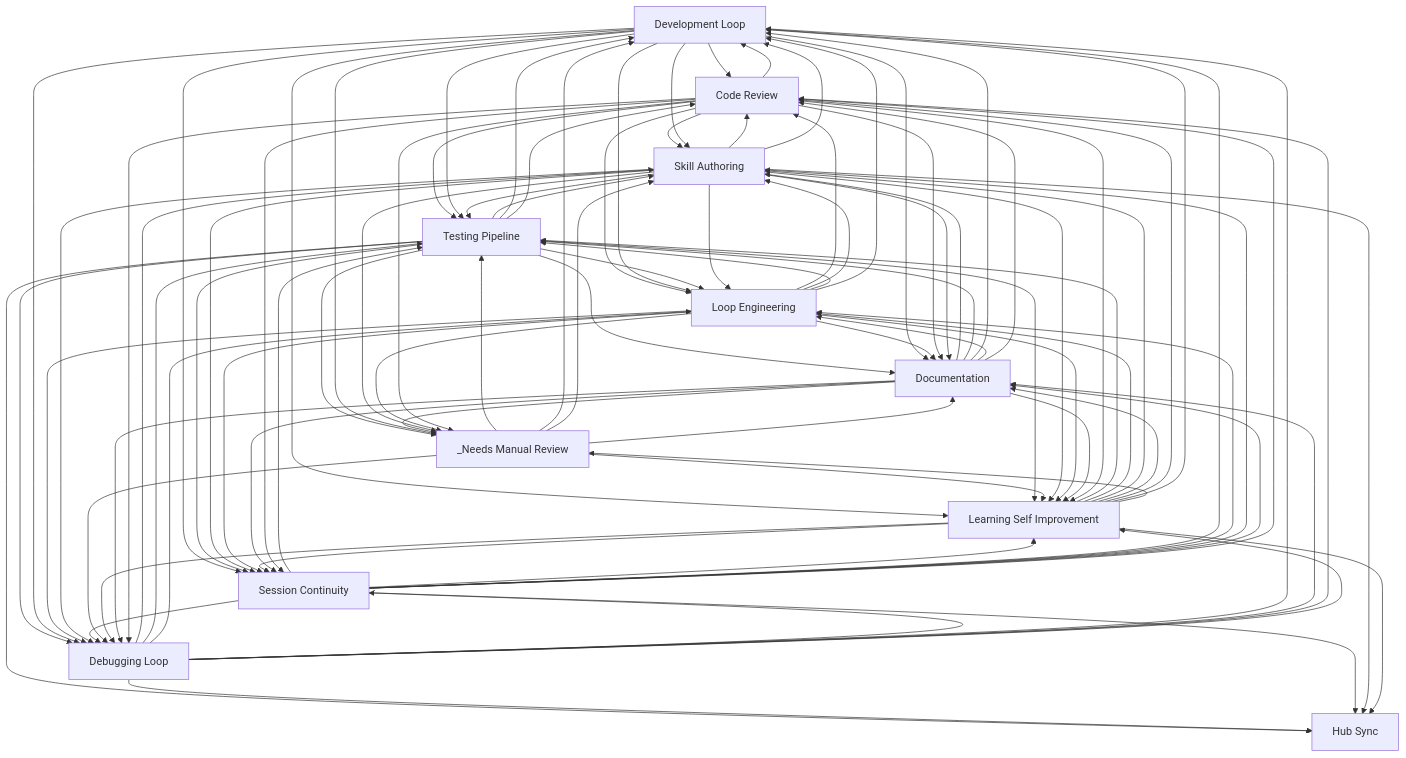
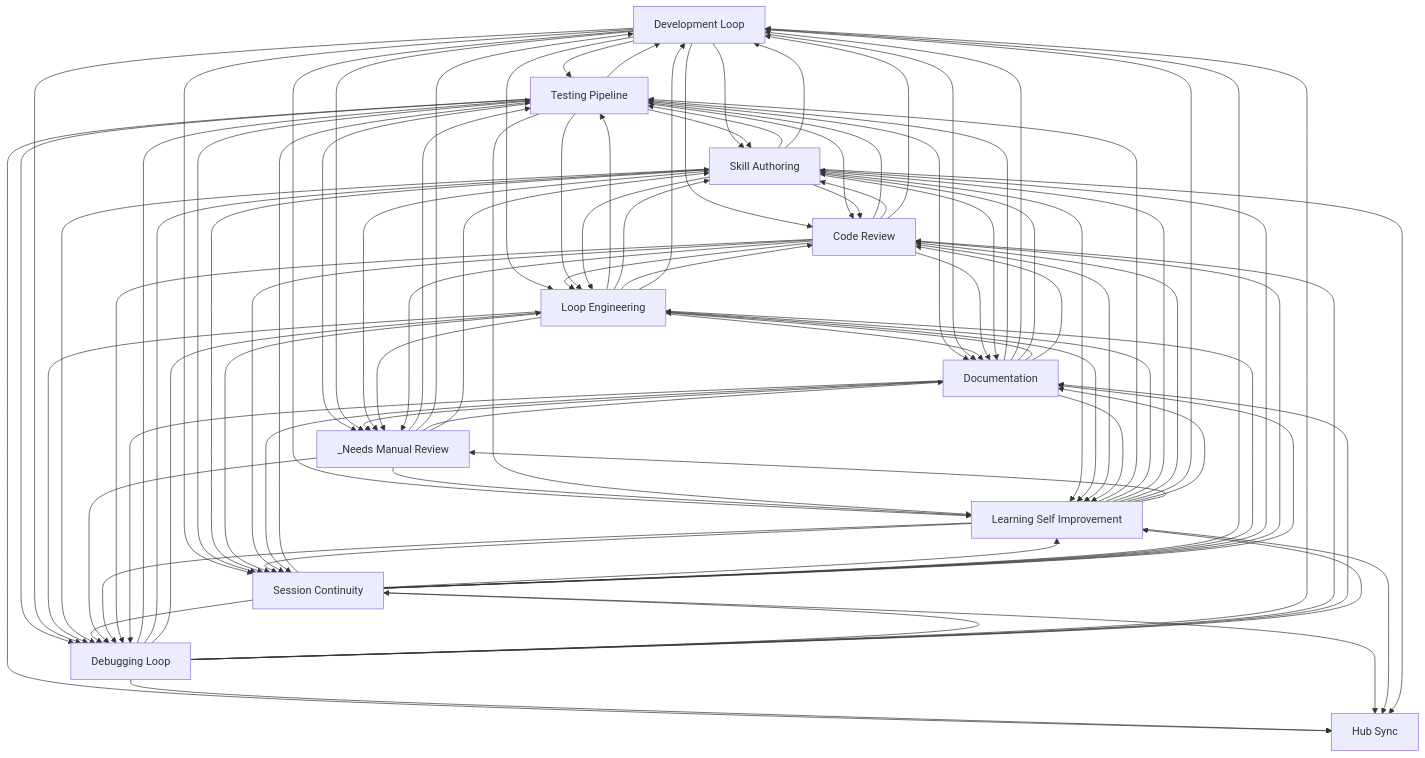
Before and after one commit to abhayla/claude-best-practices: the diagram in docs/workflows/INDEX.md, drawn with Mermaid. The commit also changed other lines of this file and 13 other files, not shown here.

````diff
--- a/docs/workflows/INDEX.md
+++ b/docs/workflows/INDEX.md
@@ -33,94 +33,94 @@
     documentation[Documentation]
     hub_sync[Hub Sync]
     _needs_manual_review[_Needs Manual Review]
+    development_loop --> testing_pipeline
+    development_loop --> skill_authoring
+    development_loop --> code_review
+    development_loop --> loop_engineering
+    code_review --> testing_pipeline
     code_review --> skill_authoring
-    code_review --> testing_pipeline
     code_review --> loop_engineering
     code_review --> development_loop
+    loop_engineering --> testing_pipeline
+    loop_engineering --> skill_authoring
     loop_engineering --> code_review
-    loop_engineering --> skill_authoring
-    loop_engineering --> testing_pipeline
     loop_engineering --> development_loop
-    development_loop --> code_review
-    development_loop --> skill_authoring
-    development_loop --> testing_pipeline
-    development_loop --> loop_engineering
+    testing_pipeline --> skill_authoring
     skill_authoring --> testing_pipeline
-    testing_pipeline --> skill_authoring
-    testing_pipeline --> development_loop
     _needs_manual_review --> testing_pipeline
     _needs_manual_review --> development_loop
+    testing_pipeline --> development_loop
+    testing_pipeline --> debugging_loop
     testing_pipeline --> loop_engineering
-    testing_pipeline --> debugging_loop
+    testing_pipeline --> code_review
     testing_pipeline --> documentation
-    testing_pipeline --> code_review
+    debugging_loop --> testing_pipeline
     debugging_loop --> skill_authoring
-    debugging_loop --> testing_pipeline
     debugging_loop --> loop_engineering
     debugging_loop --> development_loop
     development_loop --> debugging_loop
     development_loop --> documentation
     loop_engineering --> documentation
+    skill_authoring --> development_loop
     skill_authoring --> code_review
     skill_authoring --> loop_engineering
-    skill_authoring --> development_loop
-    documentation --> skill_authoring
     documentation --> testing_pipeline
     documentation --> development_loop
+    documentation --> skill_authoring
     testing_pipeline --> _needs_manual_review
     development_loop --> _needs_manual_review
     code_review --> documentation
+    development_loop --> learning_self_improvement
+    development_loop --> session_continuity
     session_continuity --> testing_pipeline
     session_continuity --> learning_self_improvement
-    development_loop --> learning_self_improvement
-    development_loop --> session_continuity
+    _needs_manual_review --> learning_self_improvement
     testing_pipeline --> learning_self_improvement
-    _needs_manual_review --> learning_self_improvement
     loop_engineering --> debugging_loop
     testing_pipeline --> hub_sync
     testing_pipeline --> session_continuity
     debugging_loop --> hub_sync
     debugging_loop --> session_continuity
+    debugging_loop --> code_review
     debugging_loop --> documentation
-    debugging_loop --> code_review
     skill_authoring --> session_continuity
     session_continuity --> development_loop
     skill_authoring --> learning_self_improvement
     skill_authoring --> debugging_loop
+    session_continuity --> debugging_loop
     session_continuity --> loop_engineering
-    session_continuity --> debugging_loop
     loop_engineering --> session_continuity
     _needs_manual_review --> debugging_loop
     debugging_loop --> learning_self_improvement
     skill_authoring --> documentation
+    _needs_manual_review --> documentation
     _needs_manual_review --> skill_authoring
-    _needs_manual_review --> documentation
     documentation --> _needs_manual_review
     learning_self_improvement --> session_continuity
     learning_self_improvement --> testing_pipeline
+    learning_self_improvement --> debugging_loop
     learning_self_improvement --> loop_engineering
-    learning_self_improvement --> debugging_loop
     learning_self_improvement --> skill_authoring
-    learning_self_improvement --> documentation
     learning_self_improvement --> code_review
     learning_self_improvement --> development_loop
+    learning_self_improvement --> documentation
     skill_authoring --> _needs_manual_review
     session_continuity --> skill_authoring
     session_continuity --> hub_sync
+    session_continuity --> code_review
     session_continuity --> documentation
-    session_continuity --> code_review
     learning_self_improvement --> _needs_manual_review
+    learning_self_improvement --> hub_sync
     skill_authoring --> hub_sync
-    learning_self_improvement --> hub_sync
     loop_engineering --> learning_self_improvement
     loop_engineering --> _needs_manual_review
+    code_review --> debugging_loop
+    documentation --> debugging_loop
     documentation --> loop_engineering
-    documentation --> debugging_loop
-    code_review --> debugging_loop
     documentation --> code_review
+    code_review --> learning_self_improvement
+    code_review --> session_continuity
     documentation --> learning_self_improvement
     documentation --> session_continuity
-    code_review --> learning_self_improvement
-    code_review --> session_continuity
     code_review --> _needs_manual_review
 ```
````
